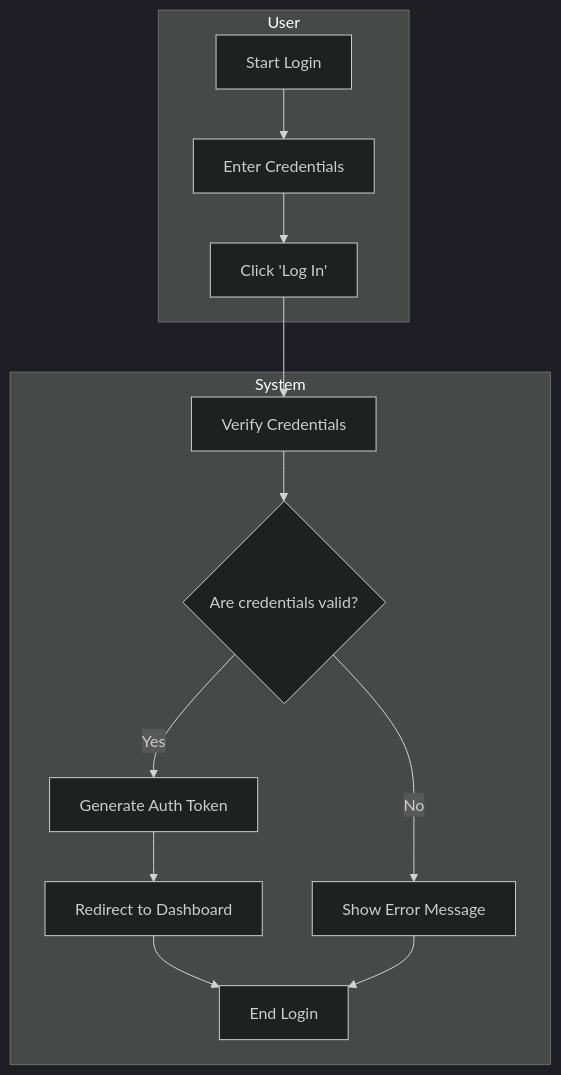
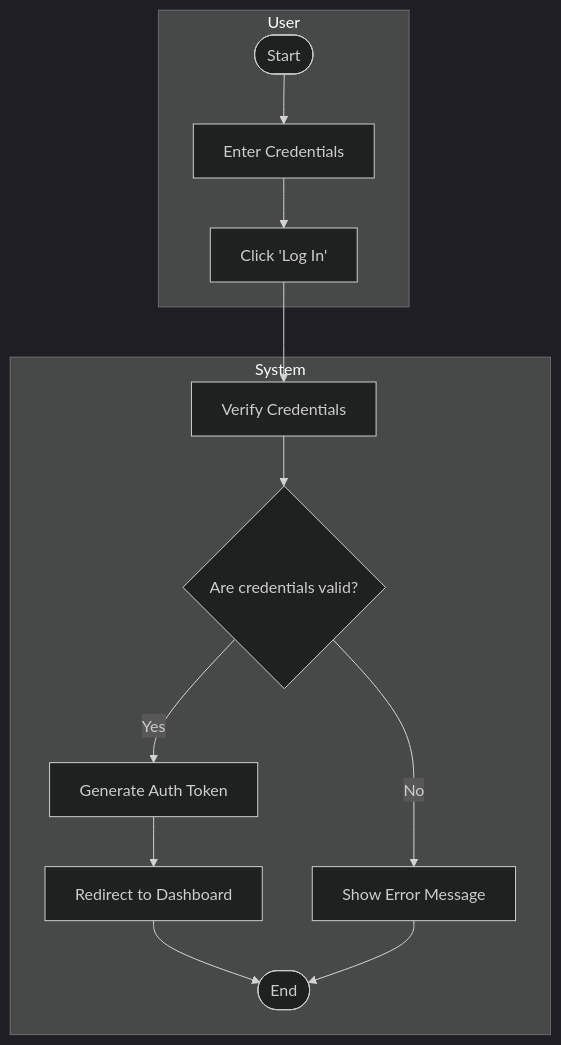
One commit to Wareezy/Budget_Tracker changed the second of 8 diagrams in Assignment_8/ACTIVITY_DIAGRAMS.md. Above: the diagram before and after it, drawn with Mermaid (dark theme). The commit also changed other lines of this file, not shown here.

````diff
--- a/Assignment_8/ACTIVITY_DIAGRAMS.md
+++ b/Assignment_8/ACTIVITY_DIAGRAMS.md
@@ -36,23 +31,16 @@
 ```mermaid
 
 flowchart TD
     subgraph User
-        A1[Start Login]
-        A2[Enter Credentials]
-        A3[Click 'Log In']
+        A1([Start]) --> A2[Enter Credentials] --> A3[Click 'Log In']
     end
 
     subgraph System
-        B1[Verify Credentials]
-        B2{Are credentials valid?}
-        B3[Generate Auth Token]
-        B4[Redirect to Dashboard]
-        B5[Show Error Message]
-        B6[End Login]
+        B1[Verify Credentials] --> B2{Are credentials valid?}
+        B2 -- Yes --> B3[Generate Auth Token] --> B4[Redirect to Dashboard] --> B6([End])
+        B2 -- No --> B5[Show Error Message] --> B6
     end
 
-    A1 --> A2 --> A3 --> B1 --> B2
-    B2 -- Yes --> B3 --> B4 --> B6
-    B2 -- No --> B5 --> B6
+    A3 --> B1
 
 ```
````
